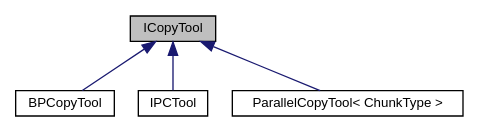
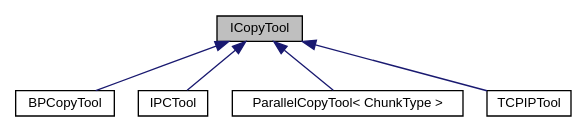
The diagram in classICopyTool__inherit__graph.dot (akukhta/ki), drawn with Graphviz before and after one commit. The commit also changed 115 other files, not shown here.

```diff
--- a/classICopyTool__inherit__graph.dot
+++ b/classICopyTool__inherit__graph.dot
@@ -1,13 +1,15 @@
 digraph "ICopyTool"
 {
  // LATEX_PDF_SIZE
   edge [fontname="Helvetica",fontsize="10",labelfontname="Helvetica",labelfontsize="10"];
   node [fontname="Helvetica",fontsize="10",shape=record];
   Node1 [label="ICopyTool",height=0.2,width=0.4,color="black", fillcolor="grey75", style="filled", fontcolor="black",tooltip="An interface of a CopyTool."];
   Node1 -> Node2 [dir="back",color="midnightblue",fontsize="10",style="solid",fontname="Helvetica"];
   Node2 [label="BPCopyTool",height=0.2,width=0.4,color="black", fillcolor="white", style="filled",URL="$classBPCopyTool.html",tooltip=" "];
   Node1 -> Node3 [dir="back",color="midnightblue",fontsize="10",style="solid",fontname="Helvetica"];
   Node3 [label="IPCTool",height=0.2,width=0.4,color="black", fillcolor="white", style="filled",URL="$classIPCTool.html",tooltip=" "];
   Node1 -> Node4 [dir="back",color="midnightblue",fontsize="10",style="solid",fontname="Helvetica"];
   Node4 [label="ParallelCopyTool\< ChunkType \>",height=0.2,width=0.4,color="black", fillcolor="white", style="filled",URL="$classParallelCopyTool.html",tooltip=" "];
+  Node1 -> Node5 [dir="back",color="midnightblue",fontsize="10",style="solid",fontname="Helvetica"];
+  Node5 [label="TCPIPTool",height=0.2,width=0.4,color="black", fillcolor="white", style="filled",URL="$classTCPIPTool.html",tooltip=" "];
 }
```
